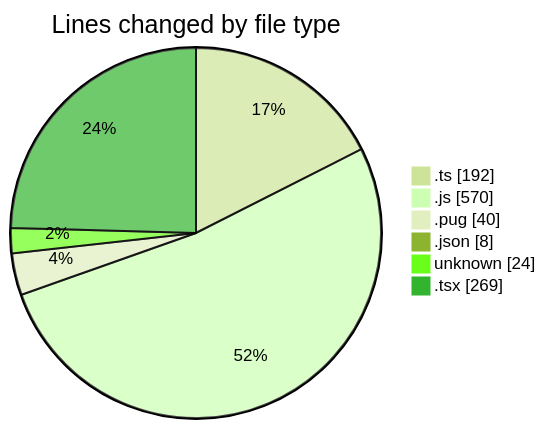
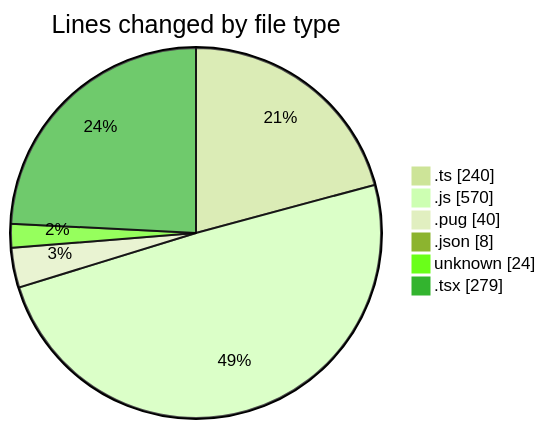
The first of 2 diagrams in 2025-02-25/cda/README.md (momahboobian/code-tracking), drawn with Mermaid (forest theme) before and after one commit. The commit also changed other lines of this file and 1 other file, not shown here.

````diff
--- a/2025-02-25/cda/README.md
+++ b/2025-02-25/cda/README.md
@@ -31,10 +32,10 @@
 ```mermaid
 pie showData
 title Lines changed by file type
-".ts" : 192
+".ts" : 240
 ".js" : 570
 ".pug" : 40
 ".json" : 8
 "unknown" : 24
-".tsx" : 269
+".tsx" : 279
 ```
````
